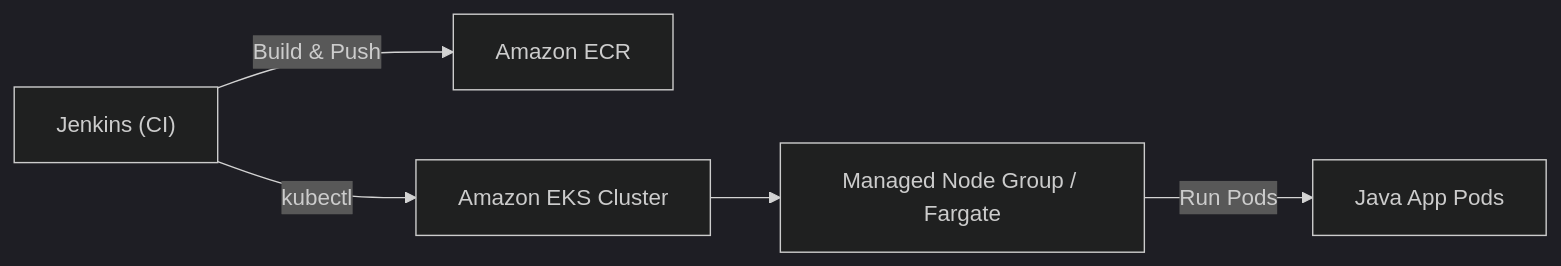
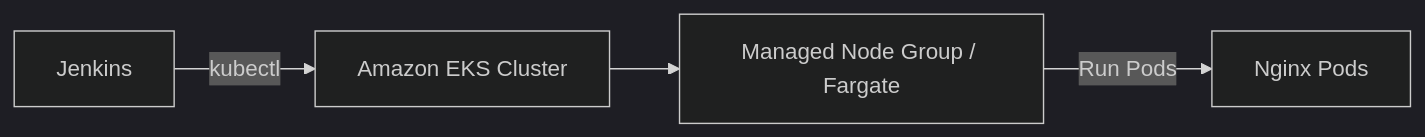
Before and after one commit to mustafa-saleh/kubernetes-linode-deploy-to-lke-cluster-from-jenkins: the diagram in README.md, drawn with Mermaid (dark theme). The commit also changed other lines of this file, not shown here.

````diff
--- a/README.md
+++ b/README.md
@@ -61,7 +61,6 @@
 ```mermaid
 flowchart LR
-	Jenkins["Jenkins (CI)"] -->|Build & Push| ECR["Amazon ECR"]
 	Jenkins -->|kubectl| EKS["Amazon EKS Cluster"]
 	EKS --> Nodes["Managed Node Group / Fargate"]
-	Nodes -->|Run Pods| App["Java App Pods"]
+	Nodes -->|Run Pods| App["Nginx Pods"]
 ```
````
